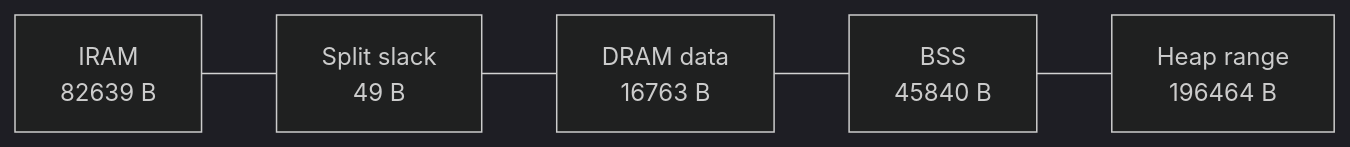
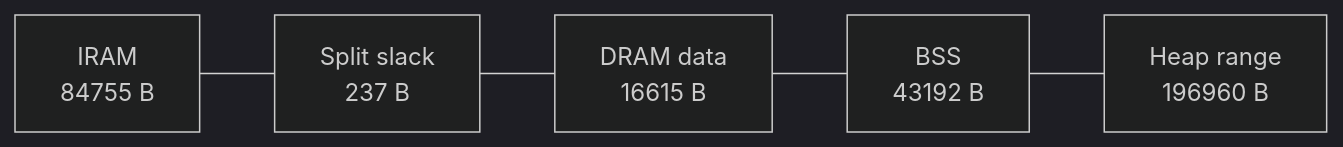
The second of 2 diagrams in docs/notes/Board-and-Memory.md (jose-villegas/autana), drawn with Mermaid (dark theme) before and after one commit. The commit also changed other lines of this file and 5 other files, not shown here.

````diff
--- a/docs/notes/Board-and-Memory.md
+++ b/docs/notes/Board-and-Memory.md
@@ -263,4 +265,4 @@
 ```mermaid
 flowchart LR
-    iram["IRAM<br/>82639 B"] --- slack["Split slack<br/>49 B"] --- data["DRAM data<br/>16763 B"] --- bss["BSS<br/>45840 B"] --- heap["Heap range<br/>196464 B"]
+    iram["IRAM<br/>84755 B"] --- slack["Split slack<br/>237 B"] --- data["DRAM data<br/>16615 B"] --- bss["BSS<br/>43192 B"] --- heap["Heap range<br/>196960 B"]
 ```
````
